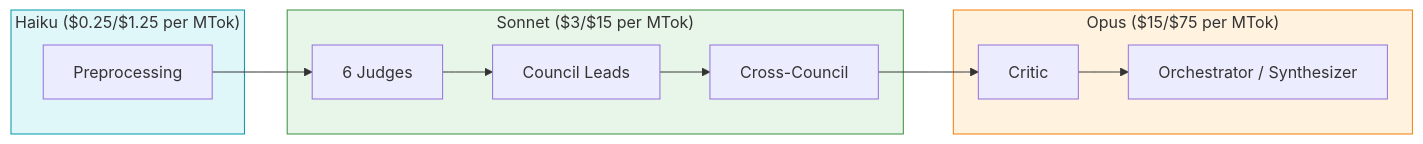
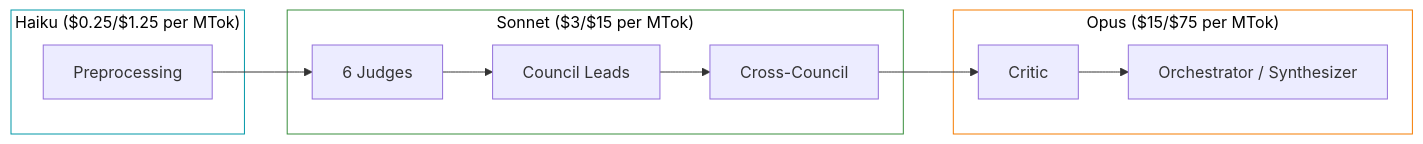
One commit to SacredWizard/themis changed the ninth of 13 diagrams in design/ARCHITECTURE.md. Above: the diagram before and after it, drawn with Mermaid. The commit also changed other lines of this file, not shown here.

````diff
--- a/design/ARCHITECTURE.md
+++ b/design/ARCHITECTURE.md
@@ -538,25 +539,25 @@
 ```mermaid
 graph LR
     subgraph Haiku["Haiku ($0.25/$1.25 per MTok)"]
         H1["Preprocessing"]
     end
     subgraph Sonnet["Sonnet ($3/$15 per MTok)"]
         S1["6 Judges"]
         S2["Council Leads"]
         S3["Cross-Council"]
     end
     subgraph Opus["Opus ($15/$75 per MTok)"]
         O1["Critic"]
         O2["Orchestrator / Synthesizer"]
     end
 
     H1 --> S1
     S1 --> S2
     S2 --> S3
     S3 --> O1
     O1 --> O2
 
-    style Haiku fill:#e0f7fa,stroke:#0097A7
-    style Sonnet fill:#e8f5e9,stroke:#388E3C
-    style Opus fill:#fff3e0,stroke:#F57C00
+    style Haiku fill:transparent,stroke:#0097A7,color:#000
+    style Sonnet fill:transparent,stroke:#388E3C,color:#000
+    style Opus fill:transparent,stroke:#F57C00,color:#000
 ```
````
